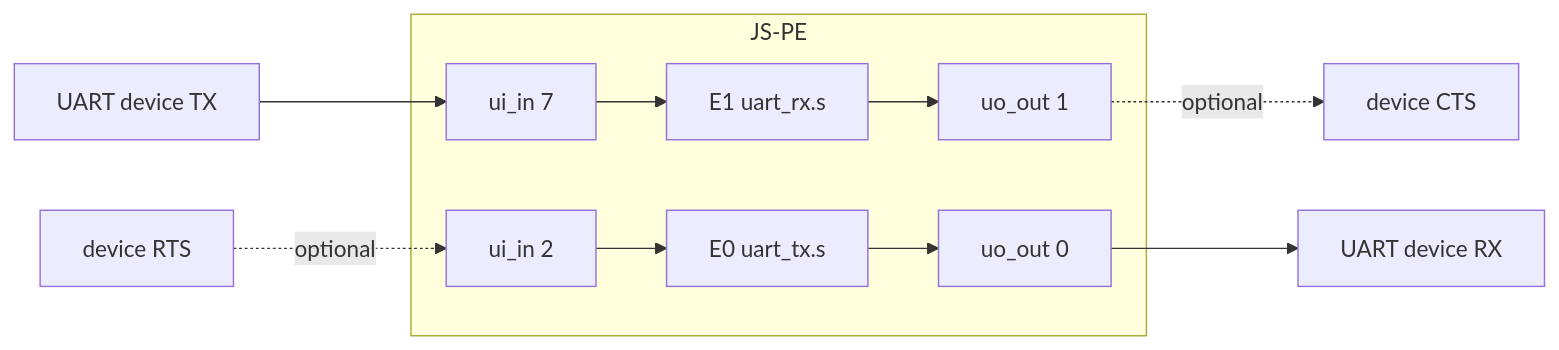
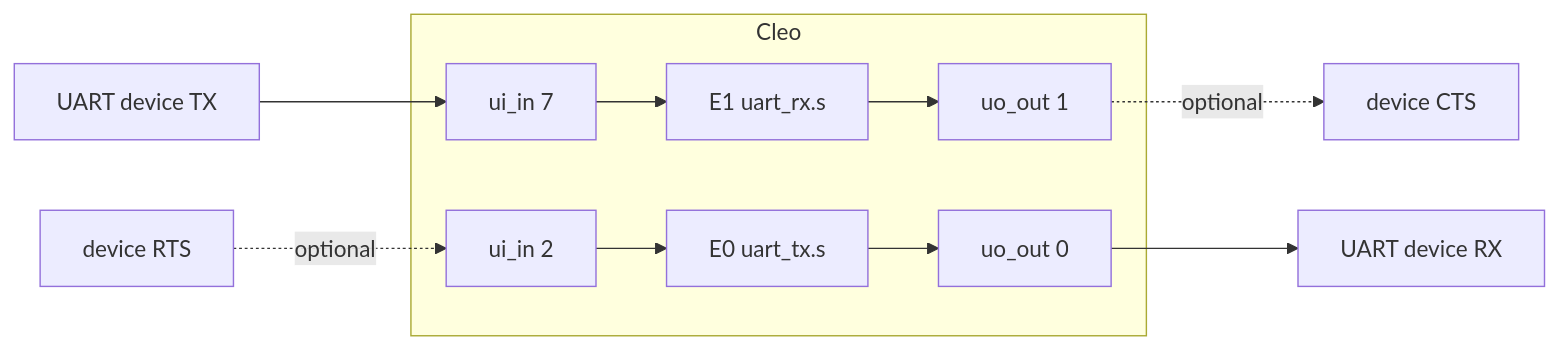
Before and after one commit to NotCleo/JS-PE: the first of 6 diagrams in docs/INTERFACING.md, drawn with Mermaid. The commit also changed other lines of this file and 13 other files, not shown here.

Commit message:
readme: shorter rewrite, timeline removed; chip renamed Cleo in docs, info.yaml title and sw headers

````diff
--- a/docs/INTERFACING.md
+++ b/docs/INTERFACING.md
@@ -42,13 +42,13 @@
 ```mermaid
 flowchart LR
-  subgraph JSPE[JS-PE]
+  subgraph JSPE[Cleo]
     E0[E0 uart_tx.s] --> TXD[uo_out 0]
     RXD[ui_in 7] --> E1[E1 uart_rx.s]
     E1 --> RTS[uo_out 1]
     CTS[ui_in 2] --> E0
   end
   TXD --> DEV[UART device RX]
   DEVTX[UART device TX] --> RXD
   RTS -.optional.-> DEVCTS[device CTS]
   DEVRTS[device RTS] -.optional.-> CTS
 ```
````
